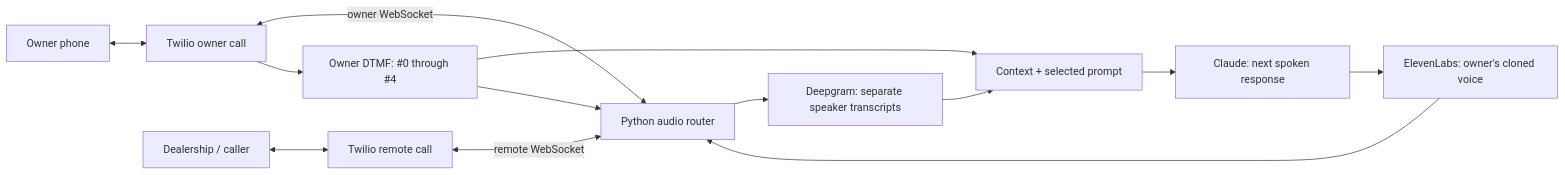
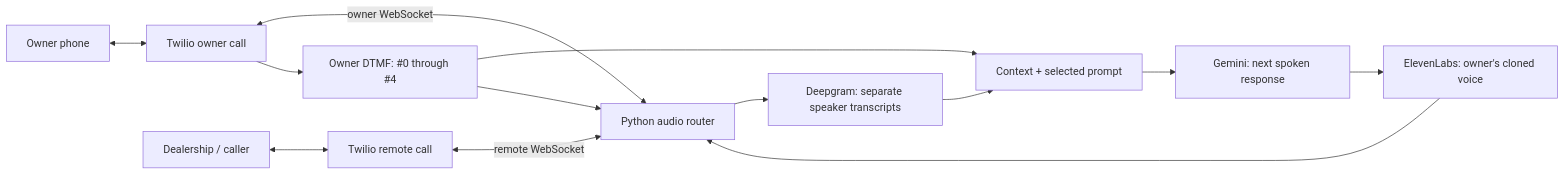
The diagram in docs/IMPLEMENTATION.md (jimmmmmmmmmmmy/Phoney), drawn with Mermaid before and after one commit. The commit also changed other lines of this file and 8 other files, not shown here.

````diff
--- a/docs/IMPLEMENTATION.md
+++ b/docs/IMPLEMENTATION.md
@@ -13,15 +13,15 @@
 ```mermaid
 flowchart LR
     O[Owner phone] <--> OT[Twilio owner call]
     R[Dealership / caller] <--> RT[Twilio remote call]
     OT <-->|owner WebSocket| B[Python audio router]
     RT <-->|remote WebSocket| B
     B --> S[Deepgram: separate speaker transcripts]
     S --> C[Context + selected prompt]
-    C --> L[Claude: next spoken response]
+    C --> L[Gemini: next spoken response]
     L --> V[ElevenLabs: owner's cloned voice]
     V --> B
     OT --> K[Owner DTMF: #0 through #4]
     K --> C
     K --> B
 ```
````
